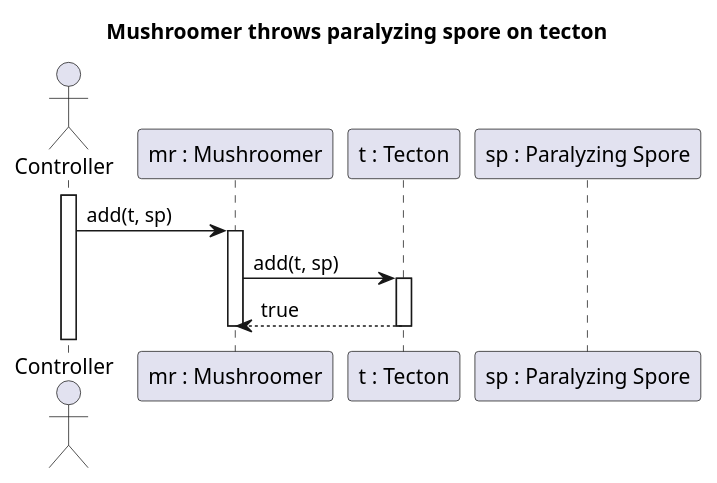
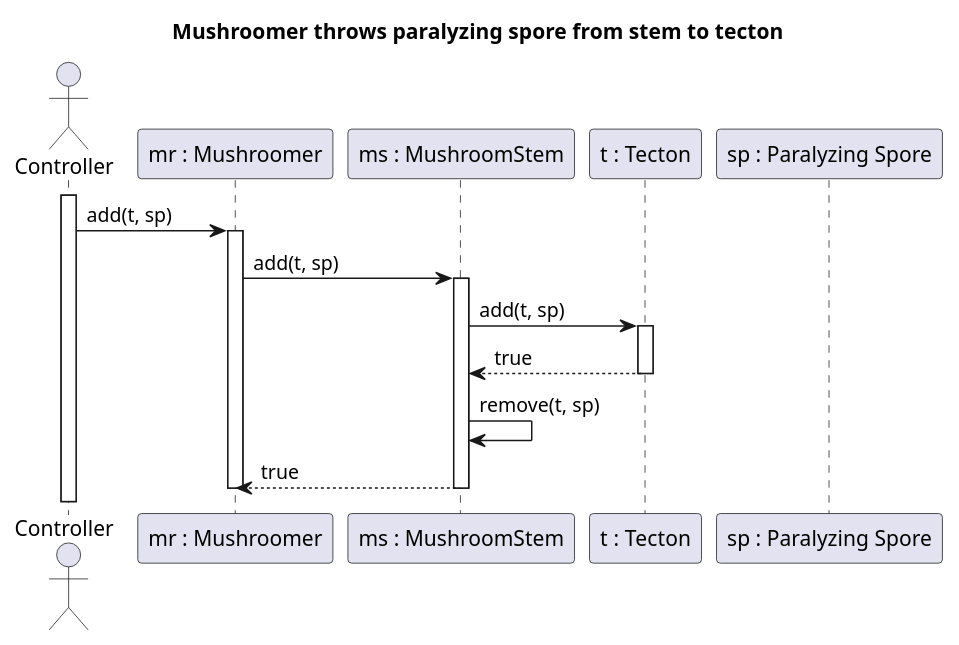
One commit to Petya-G/fungorium changed the diagram in 5/sequences/spore/throwsParalyzingSpore.puml. Above: the diagram before and after it, drawn with PlantUML. The commit also changed 5 other files, not shown here.

Commit message:
spore sequence fix

```diff
--- a/5/sequences/spore/throwsParalyzingSpore.puml
+++ b/5/sequences/spore/throwsParalyzingSpore.puml
@@ -1,20 +1,28 @@
-@startuml Mushroomer throws paralyzing spore on tecton
-title Mushroomer throws paralyzing spore on tecton
+@startuml MushroomerThrowsParalyzingSporeFromStemToTecton
+title Mushroomer throws paralyzing spore from stem to tecton
 
 actor Controller
 participant "mr : Mushroomer" as MR
+participant "ms : MushroomStem" as MS
 participant "t : Tecton" as T
 participant "sp : Paralyzing Spore" as SP
 
 activate Controller
 Controller -> MR : add(t, sp)
 activate MR
 
-MR -> T : add(t, sp)
+MR -> MS : add(t, sp)
+activate MS
+
+MS -> T : add(t, sp)
 activate T
 
-MR <-- T : true
+MS <-- T : true
 deactivate T
+
+MS -> MS : remove(t, sp)
+MR <-- MS : true
+deactivate MS
 
 deactivate MR
 @enduml
```
